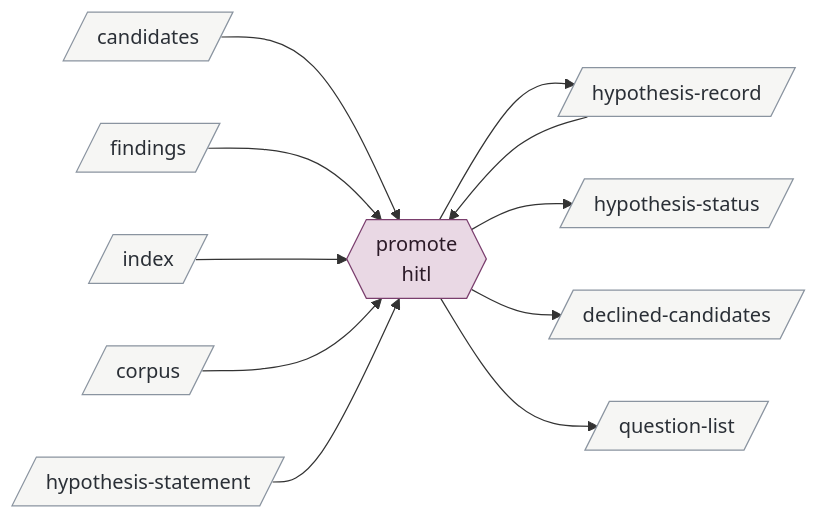
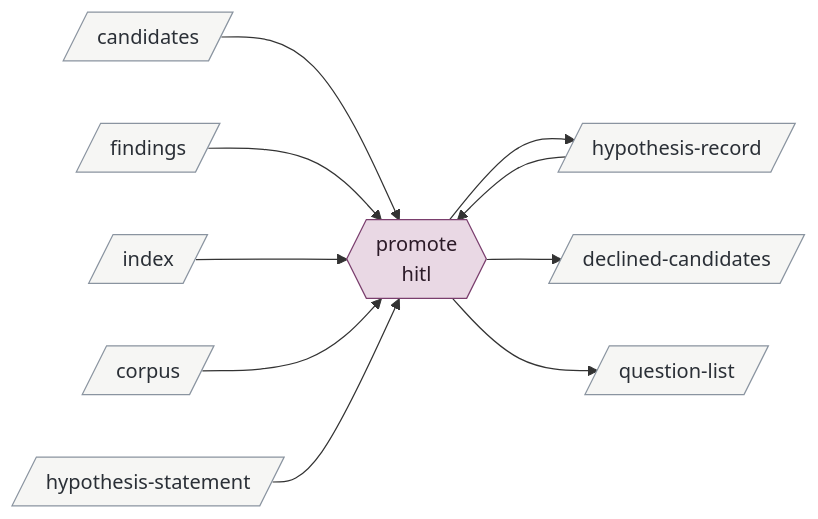
The third of 15 diagrams in .claude/skills/v3-buildout-2/map.md (bc414/StoryPlanner), drawn with Mermaid before and after one commit. The commit also changed other lines of this file and 25 other files, not shown here.

Commit message:
Making the hypothesis file schema

````diff
--- a/.claude/skills/v3-buildout-2/map.md
+++ b/.claude/skills/v3-buildout-2/map.md
@@ -85,30 +84,28 @@
 ```mermaid
 flowchart LR
   classDef hitl fill:#e9d8e4,stroke:#7a3e6d,color:#2b1a27
   classDef session fill:#dce6f0,stroke:#3b5b7c,color:#14202c
   classDef agent fill:#f5e6c8,stroke:#b7791f,color:#3a2a08
   classDef artifact fill:#f6f6f4,stroke:#8a94a0,color:#2a2f36
   classDef activity fill:#dcebdd,stroke:#4b7f52,color:#122816
   classDef terminus fill:#e4e4ea,stroke:#5b5b7a,color:#1c1c2c
   promote{{"promote<br/>hitl"}}:::hitl
   candidates[/"candidates"/]:::artifact
   corpus[/"corpus"/]:::artifact
   declinedcandidates[/"declined-candidates"/]:::artifact
   findings[/"findings"/]:::artifact
   hypothesisrecord[/"hypothesis-record"/]:::artifact
   hypothesisstatement[/"hypothesis-statement"/]:::artifact
-  hypothesisstatus[/"hypothesis-status"/]:::artifact
   index[/"index"/]:::artifact
   questionlist[/"question-list"/]:::artifact
 
   candidates --> promote
   findings --> promote
   index --> promote
   corpus --> promote
   hypothesisstatement --> promote
   hypothesisrecord --> promote
   promote --> hypothesisrecord
-  promote --> hypothesisstatus
   promote --> declinedcandidates
   promote --> questionlist
 ```
````
